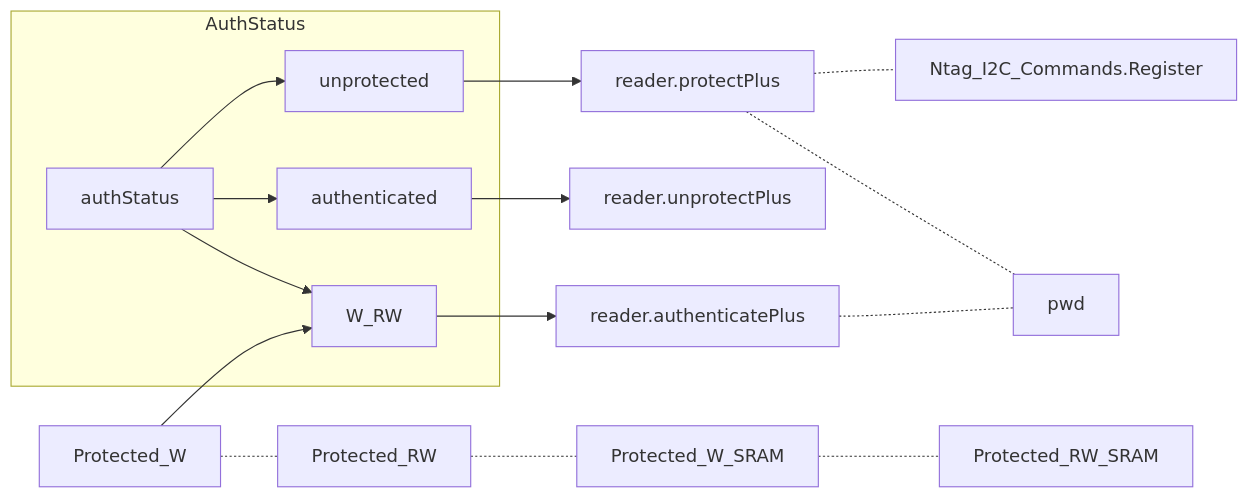
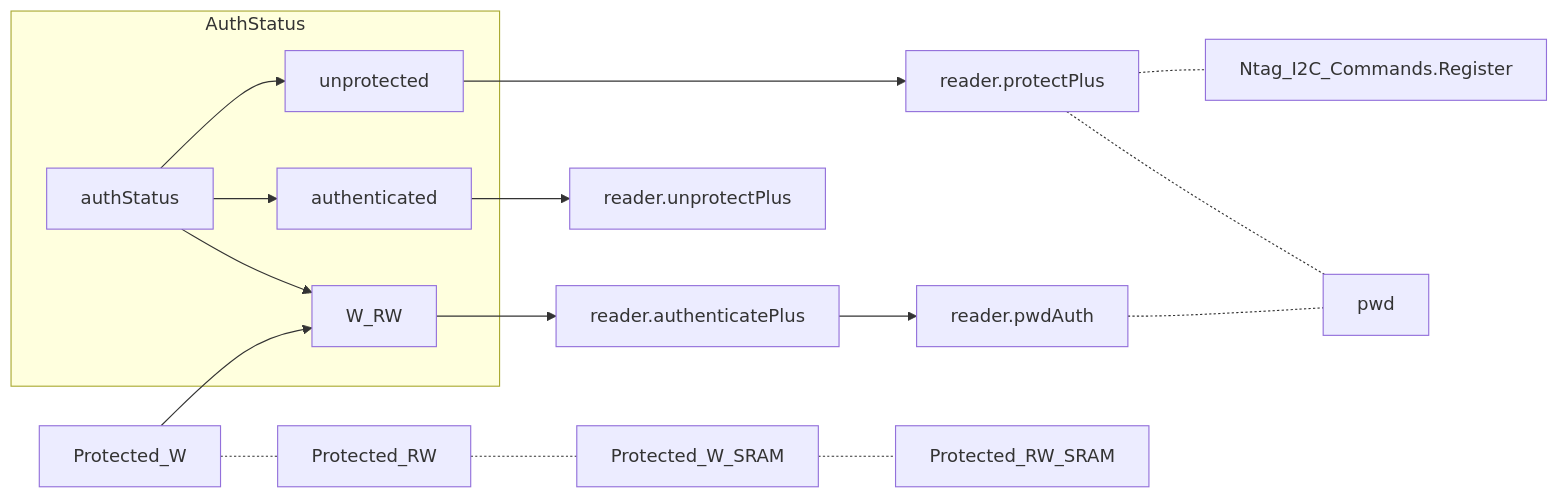
Diagram 16 of 19 in nxp/NtagDemo_mermaid.md (gordianknotC/nxp_note), drawn with Mermaid before and after one commit. The commit also changed other lines of this file, not shown here.

Commit message:
nxp/NtagDemo_mermaid.md updated from https://stackedit.io/

````diff
--- a/nxp/NtagDemo_mermaid.md
+++ b/nxp/NtagDemo_mermaid.md
@@ -616,23 +616,24 @@
 ```mermaid
 graph LR
 subgraph AuthStatus
 	unprotected
 	authenticated
 	W_RW
 	authStatus --> W_RW
 	authStatus --> authenticated
 	authStatus --> unprotected
 end
 
 unprotected --> reader.protectPlus
 reader.protectPlus -.- pwd
 reader.protectPlus -.- Ntag_I2C_Commands.Register
 authenticated --> reader.unprotectPlus
 W_RW --> reader.authenticatePlus
-reader.authenticatePlus -.- pwd
+reader.authenticatePlus --> reader.pwdAuth
+reader.pwdAuth -.- pwd
 
 Protected_W -.- Protected_RW
 Protected_RW -.- Protected_W_SRAM
 Protected_W_SRAM -.- Protected_RW_SRAM
 Protected_W --> W_RW
 ```
````
